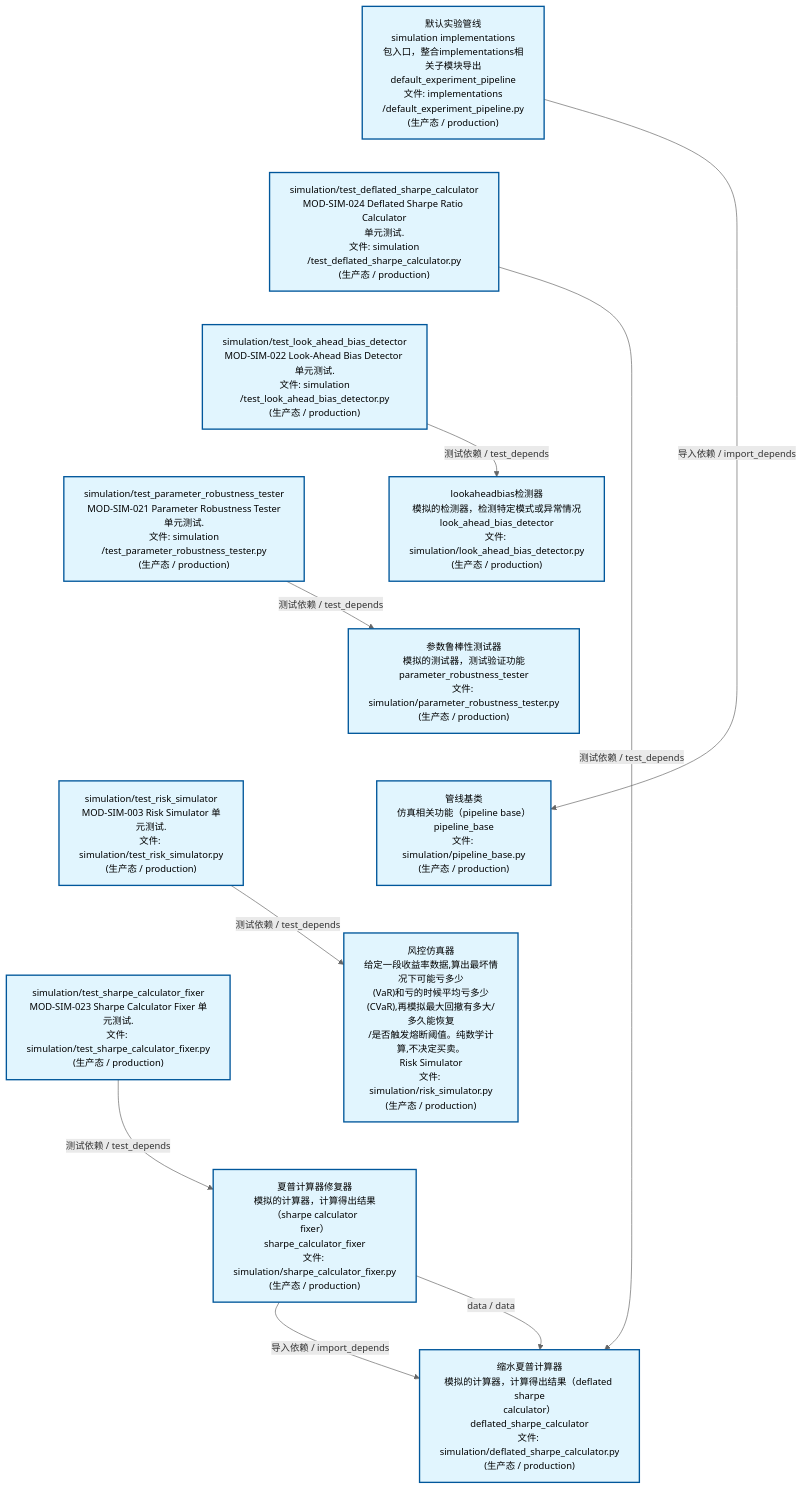
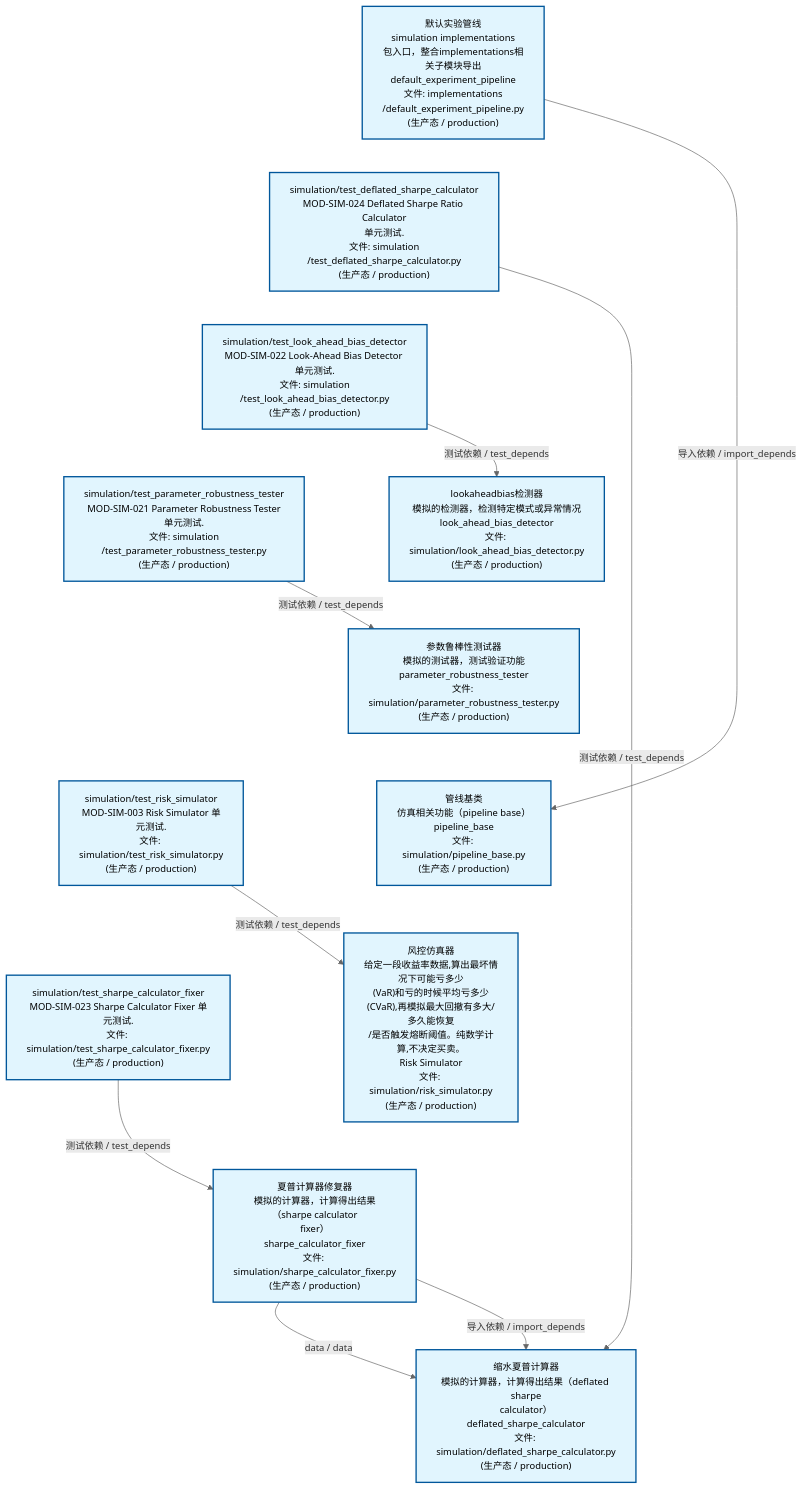
One commit to xuanFelixVan/ZephyrAlpha changed the second of 4 diagrams in docs/02_enterprise_architecture/02_domain_architecture_docs/70_d_simulation.md. Above: the diagram before and after it, drawn with Mermaid. The commit also changed other lines of this file and 44 other files, not shown here.

````diff
--- a/docs/02_enterprise_architecture/02_domain_architecture_docs/70_d_simulation.md
+++ b/docs/02_enterprise_architecture/02_domain_architecture_docs/70_d_simulation.md
@@ -117,38 +117,38 @@
 ```mermaid
 %%{init: {'theme': 'base', 'themeVariables': {'primaryColor': '#eaeaea', 'primaryTextColor': '#333333', 'primaryBorderColor': '#666666', 'lineColor': '#666666', 'secondaryColor': '#eaeaea', 'tertiaryColor': '#eaeaea', 'fontSize': '14px'}}}%%
 flowchart TD
     src_zephyr_simulation_implementations_default_experiment_pipeline_py["默认实验管线<br/>simulation implementations<br/>包入口，整合implementations相关子模块导出<br/>default_experiment_pipeline<br/>文件: implementations<br/>/default_experiment_pipeline.py<br/>(生产态 / production)"]
     tests_simulation_test_deflated_sharpe_calculator_py["simulation/test_deflated_sharpe_calculator<br/>MOD-SIM-024 Deflated Sharpe Ratio Calculator<br/>单元测试.<br/>文件: simulation<br/>/test_deflated_sharpe_calculator.py<br/>(生产态 / production)"]
     tests_simulation_test_look_ahead_bias_detector_py["simulation/test_look_ahead_bias_detector<br/>MOD-SIM-022 Look-Ahead Bias Detector 单元测试.<br/>文件: simulation<br/>/test_look_ahead_bias_detector.py<br/>(生产态 / production)"]
     tests_simulation_test_parameter_robustness_tester_py["simulation/test_parameter_robustness_tester<br/>MOD-SIM-021 Parameter Robustness Tester<br/>单元测试.<br/>文件: simulation<br/>/test_parameter_robustness_tester.py<br/>(生产态 / production)"]
     tests_simulation_test_risk_simulator_py["simulation/test_risk_simulator<br/>MOD-SIM-003 Risk Simulator 单元测试.<br/>文件: simulation/test_risk_simulator.py<br/>(生产态 / production)"]
     tests_simulation_test_sharpe_calculator_fixer_py["simulation/test_sharpe_calculator_fixer<br/>MOD-SIM-023 Sharpe Calculator Fixer 单元测试.<br/>文件: simulation/test_sharpe_calculator_fixer.py<br/>(生产态 / production)"]
     src_zephyr_simulation_implementations_default_experiment_pipeline_py ~~~ tests_simulation_test_deflated_sharpe_calculator_py
     tests_simulation_test_deflated_sharpe_calculator_py ~~~ tests_simulation_test_look_ahead_bias_detector_py
     tests_simulation_test_look_ahead_bias_detector_py ~~~ tests_simulation_test_parameter_robustness_tester_py
     tests_simulation_test_parameter_robustness_tester_py ~~~ tests_simulation_test_risk_simulator_py
     tests_simulation_test_risk_simulator_py ~~~ tests_simulation_test_sharpe_calculator_fixer_py
     src_zephyr_simulation_look_ahead_bias_detector_py["lookaheadbias检测器<br/>模拟的检测器，检测特定模式或异常情况<br/>look_ahead_bias_detector<br/>文件: simulation/look_ahead_bias_detector.py<br/>(生产态 / production)"]
     src_zephyr_simulation_parameter_robustness_tester_py["参数鲁棒性测试器<br/>模拟的测试器，测试验证功能<br/>parameter_robustness_tester<br/>文件: simulation/parameter_robustness_tester.py<br/>(生产态 / production)"]
     src_zephyr_simulation_pipeline_base_py["管线基类<br/>仿真相关功能（pipeline base）<br/>pipeline_base<br/>文件: simulation/pipeline_base.py<br/>(生产态 / production)"]
     src_zephyr_simulation_risk_simulator_py["风控仿真器<br/>给定一段收益率数据,算出最坏情况下可能亏多少<br/>(VaR)和亏的时候平均亏多少<br/>(CVaR),再模拟最大回撤有多大/多久能恢复<br/>/是否触发熔断阈值。纯数学计算,不决定买卖。<br/>Risk Simulator<br/>文件: simulation/risk_simulator.py<br/>(生产态 / production)"]
     src_zephyr_simulation_sharpe_calculator_fixer_py["夏普计算器修复器<br/>模拟的计算器，计算得出结果（sharpe calculator<br/>fixer）<br/>sharpe_calculator_fixer<br/>文件: simulation/sharpe_calculator_fixer.py<br/>(生产态 / production)"]
     src_zephyr_simulation_look_ahead_bias_detector_py ~~~ src_zephyr_simulation_parameter_robustness_tester_py
     src_zephyr_simulation_parameter_robustness_tester_py ~~~ src_zephyr_simulation_pipeline_base_py
     src_zephyr_simulation_pipeline_base_py ~~~ src_zephyr_simulation_risk_simulator_py
     src_zephyr_simulation_risk_simulator_py ~~~ src_zephyr_simulation_sharpe_calculator_fixer_py
     src_zephyr_simulation_deflated_sharpe_calculator_py["缩水夏普计算器<br/>模拟的计算器，计算得出结果（deflated sharpe<br/>calculator）<br/>deflated_sharpe_calculator<br/>文件: simulation/deflated_sharpe_calculator.py<br/>(生产态 / production)"]
+    src_zephyr_simulation_sharpe_calculator_fixer_py -->|data / data| src_zephyr_simulation_deflated_sharpe_calculator_py
     src_zephyr_simulation_sharpe_calculator_fixer_py -->|导入依赖 / import_depends| src_zephyr_simulation_deflated_sharpe_calculator_py
-    src_zephyr_simulation_sharpe_calculator_fixer_py -->|data / data| src_zephyr_simulation_deflated_sharpe_calculator_py
     src_zephyr_simulation_implementations_default_experiment_pipeline_py -->|导入依赖 / import_depends| src_zephyr_simulation_pipeline_base_py
     tests_simulation_test_deflated_sharpe_calculator_py -->|测试依赖 / test_depends| src_zephyr_simulation_deflated_sharpe_calculator_py
     tests_simulation_test_look_ahead_bias_detector_py -->|测试依赖 / test_depends| src_zephyr_simulation_look_ahead_bias_detector_py
+    tests_simulation_test_parameter_robustness_tester_py -->|测试依赖 / test_depends| src_zephyr_simulation_parameter_robustness_tester_py
     tests_simulation_test_sharpe_calculator_fixer_py -->|测试依赖 / test_depends| src_zephyr_simulation_sharpe_calculator_fixer_py
-    tests_simulation_test_parameter_robustness_tester_py -->|测试依赖 / test_depends| src_zephyr_simulation_parameter_robustness_tester_py
     tests_simulation_test_risk_simulator_py -->|测试依赖 / test_depends| src_zephyr_simulation_risk_simulator_py
     classDef production fill:#e1f5fe,stroke:#01579b,stroke-width:2px,color:#000
     classDef design fill:#fff3e0,stroke:#e65100,stroke-width:2px,color:#000,stroke-dasharray: 5 5
     classDef external_prod fill:#e8f4fd,stroke:#0277bd,stroke-width:1px,color:#000
     classDef external_design fill:#fff8e7,stroke:#ef6c00,stroke-width:1px,color:#000,stroke-dasharray: 5 5
     class src_zephyr_simulation_deflated_sharpe_calculator_py,src_zephyr_simulation_implementations_default_experiment_pipeline_py,src_zephyr_simulation_look_ahead_bias_detector_py,src_zephyr_simulation_parameter_robustness_tester_py,src_zephyr_simulation_pipeline_base_py,src_zephyr_simulation_risk_simulator_py,src_zephyr_simulation_sharpe_calculator_fixer_py,tests_simulation_test_deflated_sharpe_calculator_py,tests_simulation_test_look_ahead_bias_detector_py,tests_simulation_test_parameter_robustness_tester_py,tests_simulation_test_risk_simulator_py,tests_simulation_test_sharpe_calculator_fixer_py production
 ```
````
